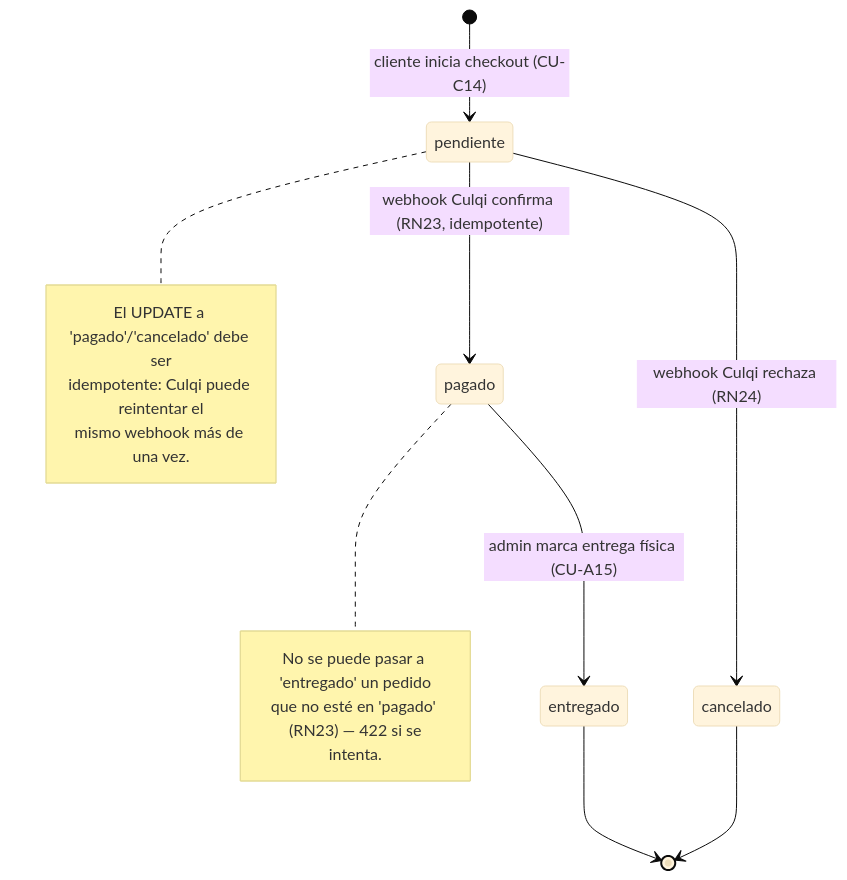
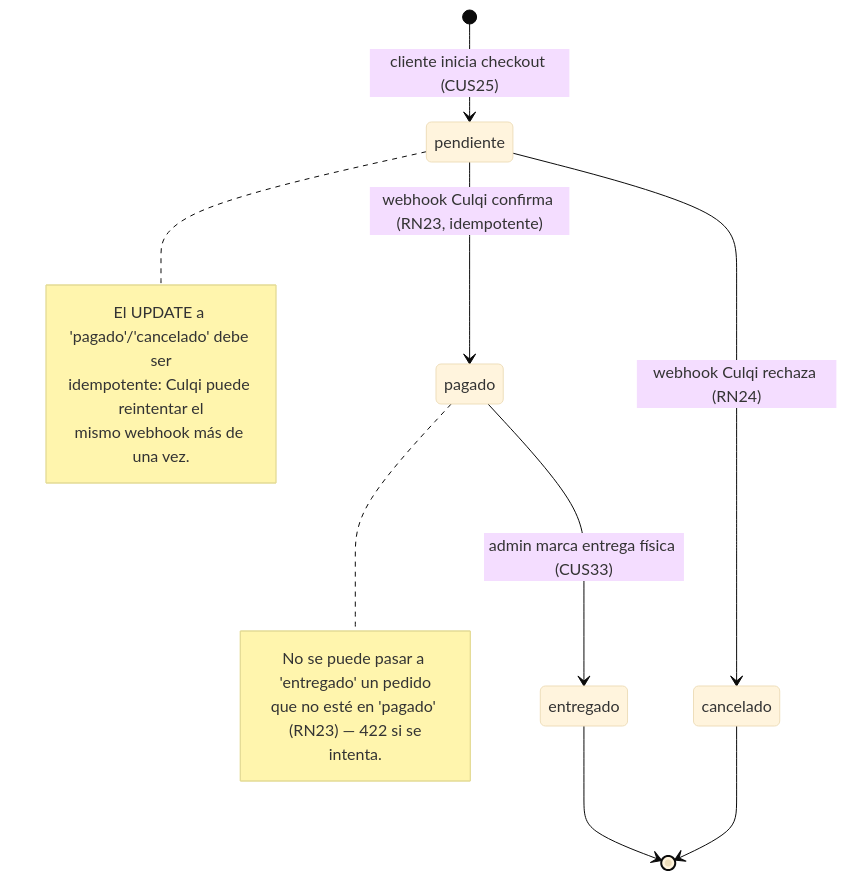
The second of 3 diagrams in docs/tesis/08_DIAGRAMAS_DE_ESTADO.md (Alezzandromv/welve), drawn with Mermaid (base theme) before and after one commit. The commit also changed other lines of this file and 12 other files, not shown here.

````diff
--- a/docs/tesis/08_DIAGRAMAS_DE_ESTADO.md
+++ b/docs/tesis/08_DIAGRAMAS_DE_ESTADO.md
@@ -48,24 +48,24 @@
 ```mermaid
 stateDiagram-v2
-    [*] --> pendiente : cliente inicia checkout (CU-C14)
+    [*] --> pendiente : cliente inicia checkout (CUS25)
 
     pendiente --> pagado : webhook Culqi confirma (RN23, idempotente)
     pendiente --> cancelado : webhook Culqi rechaza (RN24)
 
-    pagado --> entregado : admin marca entrega física (CU-A15)
+    pagado --> entregado : admin marca entrega física (CUS33)
 
     entregado --> [*]
     cancelado --> [*]
 
     note right of pendiente
         El UPDATE a 'pagado'/'cancelado' debe ser
         idempotente: Culqi puede reintentar el
         mismo webhook más de una vez.
     end note
 
     note right of pagado
         No se puede pasar a 'entregado' un pedido
         que no esté en 'pagado' (RN23) — 422 si se
         intenta.
     end note
 ```
````
